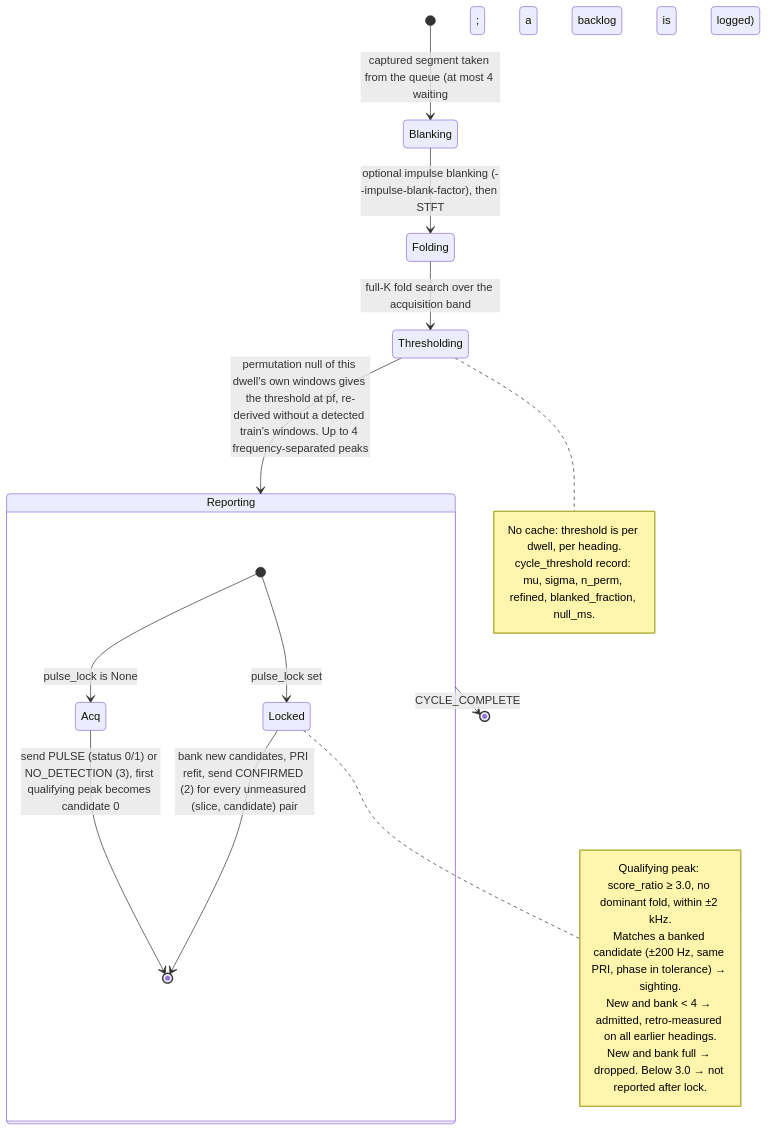
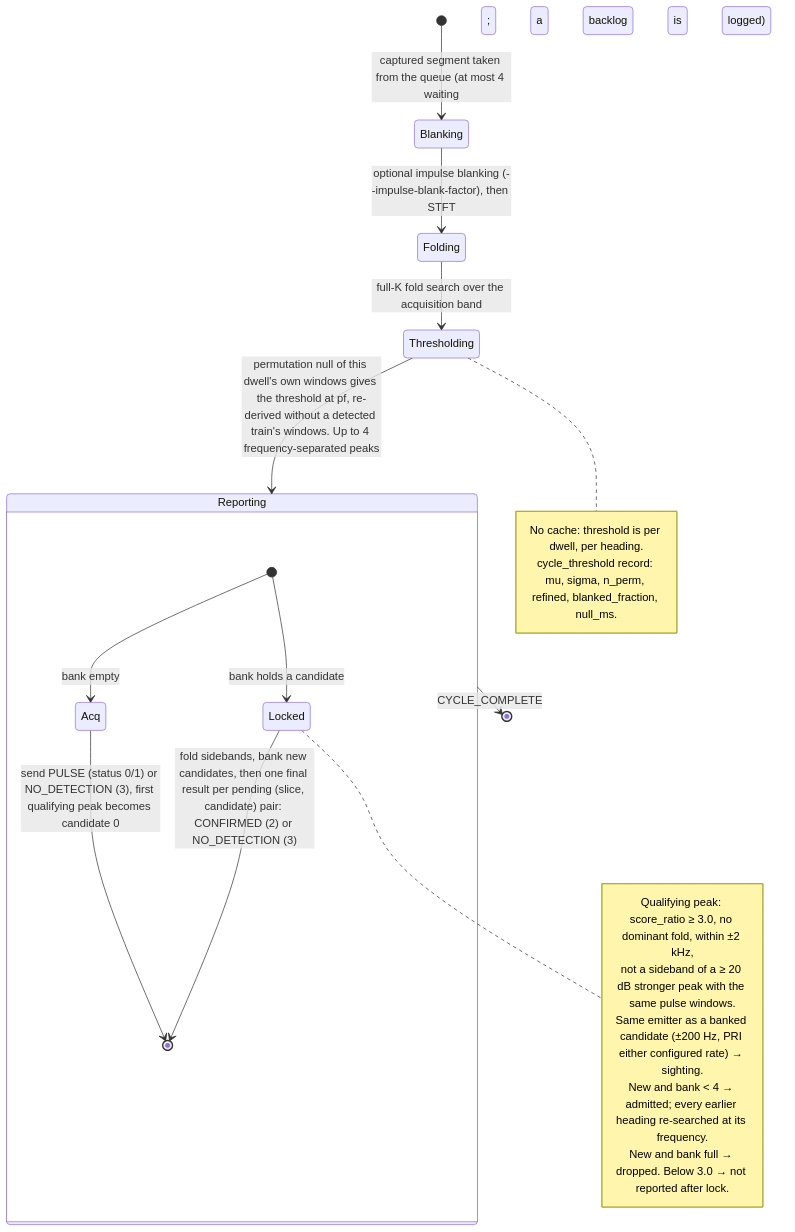
One commit to DonLakeFlyer/MavlinkTagController2 changed the second of 2 diagrams in docs/design/COLLECTION_FLOW.md. Above: the diagram before and after it, drawn with Mermaid. The commit also changed other lines of this file and 33 other files, not shown here.

````diff
--- a/docs/design/COLLECTION_FLOW.md
+++ b/docs/design/COLLECTION_FLOW.md
@@ -78,25 +78,26 @@
 ```mermaid
 stateDiagram-v2
     [*] --> Blanking : captured segment taken from the queue (at most 4 waiting; a backlog is logged)
     Blanking --> Folding : optional impulse blanking (--impulse-blank-factor), then STFT
     Folding --> Thresholding : full-K fold search over the acquisition band
     Thresholding --> Reporting : permutation null of this dwell's own windows gives the threshold at pf, re-derived without a detected train's windows. Up to 4 frequency-separated peaks
     state Reporting {
-        [*] --> Acq : pulse_lock is None
-        [*] --> Locked : pulse_lock set
+        [*] --> Acq : bank empty
+        [*] --> Locked : bank holds a candidate
         Acq --> [*] : send PULSE (status 0/1) or NO_DETECTION (3), first qualifying peak becomes candidate 0
-        Locked --> [*] : bank new candidates, PRI refit, send CONFIRMED (2) for every unmeasured (slice, candidate) pair
+        Locked --> [*] : fold sidebands, bank new candidates, then one final result per pending (slice, candidate) pair: CONFIRMED (2) or NO_DETECTION (3)
     }
     Reporting --> [*] : CYCLE_COMPLETE
 
     note right of Locked
-        Qualifying peak: score_ratio ≥ 3.0, no dominant fold, within ±2 kHz.
-        Matches a banked candidate (±200 Hz, same PRI, phase in tolerance) → sighting.
-        New and bank < 4 → admitted, retro-measured on all earlier headings.
+        Qualifying peak: score_ratio ≥ 3.0, no dominant fold, within ±2 kHz,
+        not a sideband of a ≥ 20 dB stronger peak with the same pulse windows.
+        Same emitter as a banked candidate (±200 Hz, PRI either configured rate) → sighting.
+        New and bank < 4 → admitted; every earlier heading re-searched at its frequency.
         New and bank full → dropped. Below 3.0 → not reported after lock.
     end note
     note right of Thresholding
         No cache: threshold is per dwell, per heading.
         cycle_threshold record: mu, sigma, n_perm, refined, blanked_fraction, null_ms.
     end note
 ```
````
